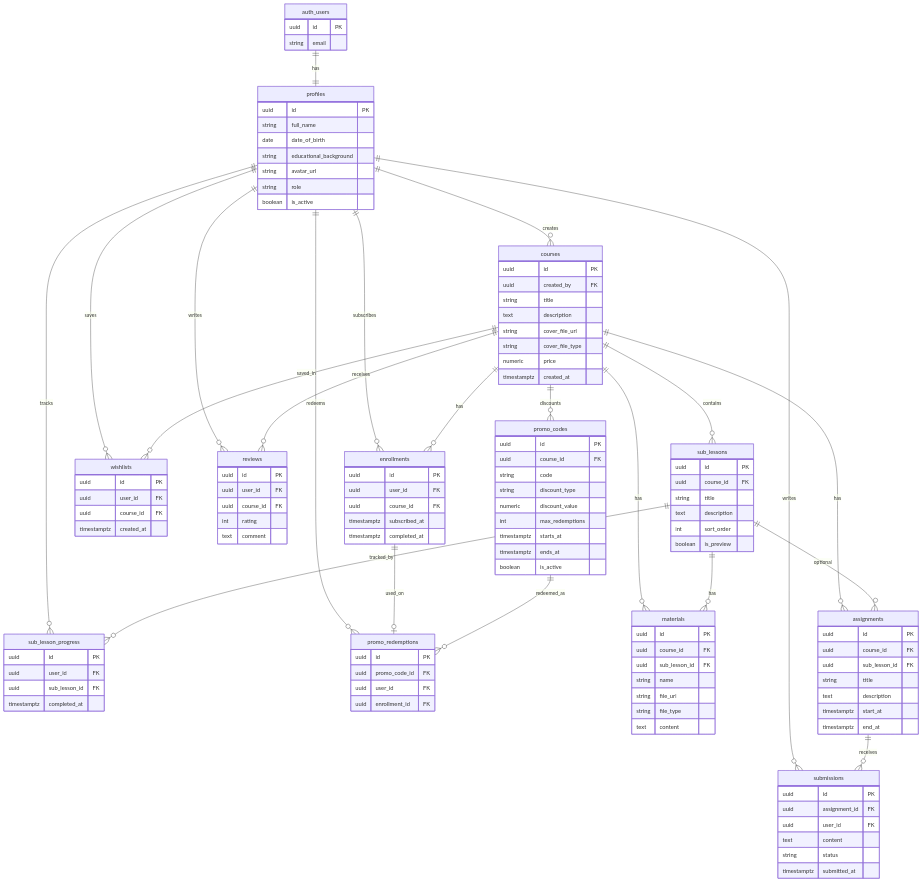
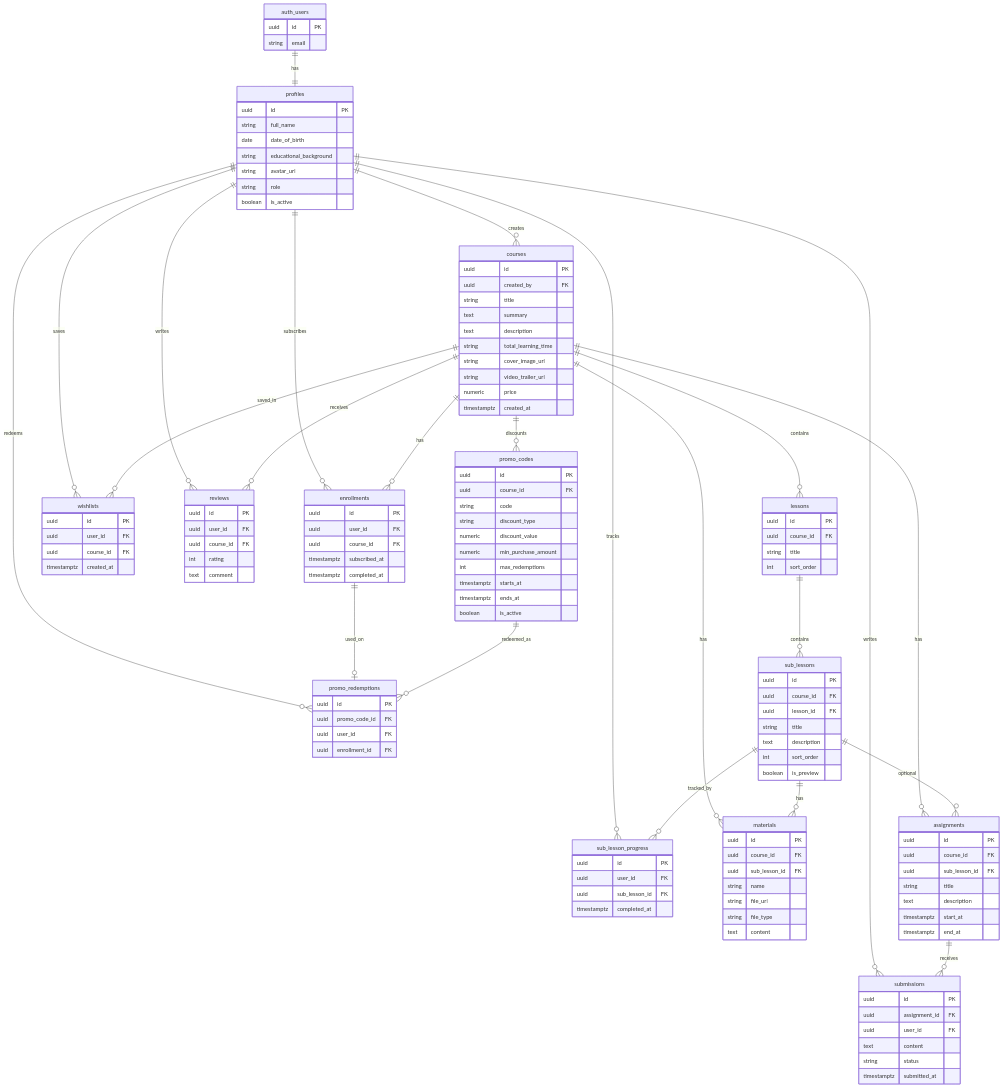
Before and after one commit to Anthony-FS/courseflow: the diagram in docs/erd.md, drawn with Mermaid. The commit also changed other lines of this file and 12 other files, not shown here.

```diff
--- a/docs/erd.md
+++ b/docs/erd.md
@@ -17,13 +17,15 @@
   profiles ||--o{ promo_redemptions : redeems
   profiles ||--o{ courses : creates
 
-  courses ||--o{ sub_lessons : contains
+  courses ||--o{ lessons : contains
   courses ||--o{ materials : has
   courses ||--o{ enrollments : has
   courses ||--o{ wishlists : saved_in
   courses ||--o{ assignments : has
   courses ||--o{ reviews : receives
   courses ||--o{ promo_codes : discounts
+
+  lessons ||--o{ sub_lessons : contains
 
   sub_lessons ||--o{ materials : has
   sub_lessons ||--o{ assignments : optional
@@ -52,16 +54,26 @@
     uuid id PK
     uuid created_by FK
     string title
+    text summary
     text description
-    string cover_file_url
-    string cover_file_type
+    string total_learning_time
+    string cover_image_url
+    string video_trailer_url
     numeric price
     timestamptz created_at
+  }
+
+  lessons {
+    uuid id PK
+    uuid course_id FK
+    string title
+    int sort_order
   }
 
   sub_lessons {
     uuid id PK
     uuid course_id FK
+    uuid lesson_id FK
     string title
     text description
     int sort_order
@@ -133,6 +145,7 @@
     string code
     string discount_type
     numeric discount_value
+    numeric min_purchase_amount
     int max_redemptions
     timestamptz starts_at
     timestamptz ends_at
```
